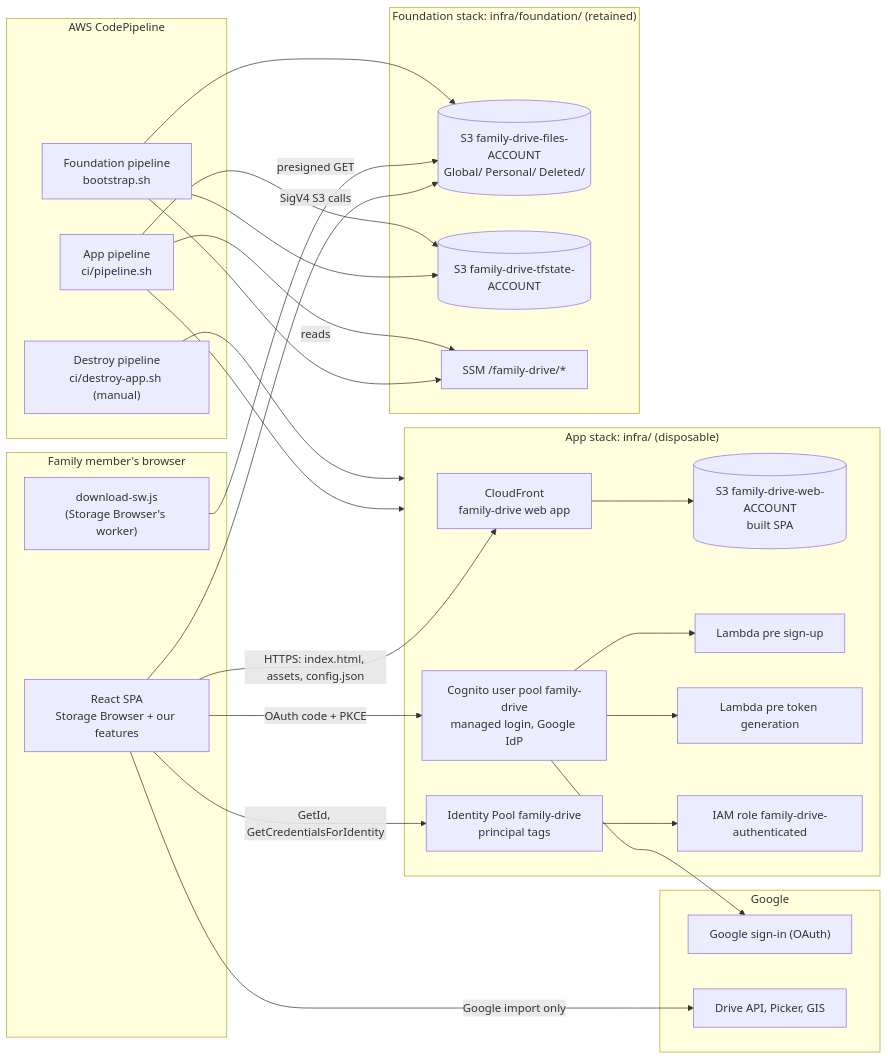
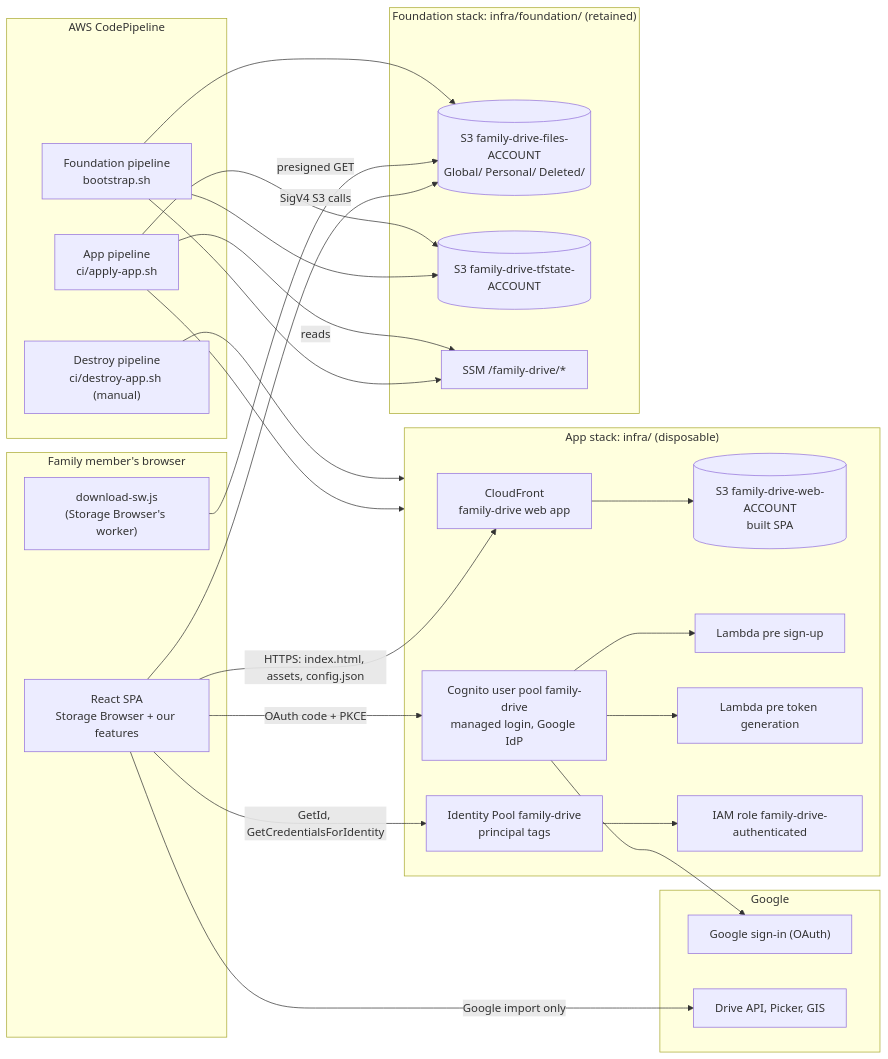
Before and after one commit to hualinh1012/personal-storage: the first of 4 diagrams in docs/architecture/system-design.md, drawn with Mermaid. The commit also changed other lines of this file and 7 other files, not shown here.

First line of the commit message:
Point docs and comments at ci/apply-app.sh

````diff
--- a/docs/architecture/system-design.md
+++ b/docs/architecture/system-design.md
@@ -12,51 +12,51 @@
 ```mermaid
 flowchart LR
     subgraph Browser["Family member's browser"]
         SPA["React SPA<br/>Storage Browser + our features"]
         SW["download-sw.js<br/>(Storage Browser's worker)"]
     end
 
     subgraph App["App stack: infra/ (disposable)"]
         CF["CloudFront<br/>family-drive web app"]
         WB[("S3 family-drive-web-ACCOUNT<br/>built SPA")]
         UP["Cognito user pool family-drive<br/>managed login, Google IdP"]
         PSU["Lambda pre sign-up"]
         PTG["Lambda pre token generation"]
         IP["Identity Pool family-drive<br/>principal tags"]
         ROLE["IAM role family-drive-authenticated"]
     end
 
     subgraph Foundation["Foundation stack: infra/foundation/ (retained)"]
         FB[("S3 family-drive-files-ACCOUNT<br/>Global/ Personal/ Deleted/")]
         SB[("S3 family-drive-tfstate-ACCOUNT")]
         SSM["SSM /family-drive/*"]
     end
 
     subgraph Google["Google"]
         GID["Google sign-in (OAuth)"]
         GAPI["Drive API, Picker, GIS"]
     end
 
     subgraph CI["AWS CodePipeline"]
         FP["Foundation pipeline<br/>bootstrap.sh"]
-        AP["App pipeline<br/>ci/pipeline.sh"]
+        AP["App pipeline<br/>ci/apply-app.sh"]
         DP["Destroy pipeline<br/>ci/destroy-app.sh (manual)"]
     end
 
     SPA -->|"HTTPS: index.html, assets, config.json"| CF --> WB
     SPA -->|"OAuth code + PKCE"| UP
     UP --> GID
     UP --> PSU
     UP --> PTG
     SPA -->|"GetId, GetCredentialsForIdentity"| IP --> ROLE
     SPA -->|"SigV4 S3 calls"| FB
     SW -->|"presigned GET"| FB
     SPA -->|"Google import only"| GAPI
     FP --> FB
     FP --> SSM
     FP --> SB
     AP --> App
     AP -->|"reads"| SSM
     AP --> SB
     DP --> App
 ```
````
